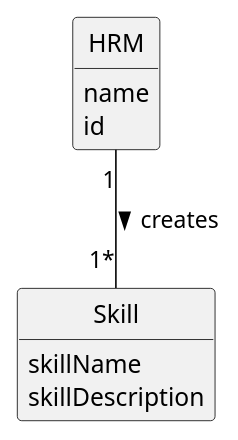
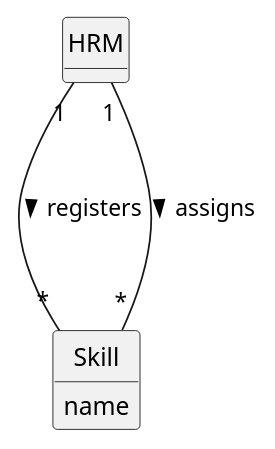
The diagram in docs/sprintA/us001/02.analysis/puml/us001-domain-model.puml (Departamento-de-Engenharia-Informatica/lei-24-s2-1dm-g132), drawn with PlantUML before and after one commit.

Commit message:
US001/US007-  changes to domain-model according to project-domain-model

```diff
--- a/docs/sprintA/us001/02.analysis/puml/us001-domain-model.puml
+++ b/docs/sprintA/us001/02.analysis/puml/us001-domain-model.puml
@@ -1,29 +1,27 @@
 @startuml
 skinparam monochrome true
 skinparam packageStyle rectangle
 skinparam shadowing false
 
 skinparam classAttributeIconSize 0
 
 hide circle
 hide methods
 
 'title Domain Model
 
 'class Platform {
 '  -description
 '}
 
 class HRM {
-    name
-    id
 }
 
 class Skill {
-    skillName
-    skillDescription
-
+    name
 }
 
-HRM "1" -- "1*" Skill : creates >
+HRM "1" -- "*" Skill : registers >
+HRM "1" --- "*" Skill : assigns >
+
 @enduml
```
